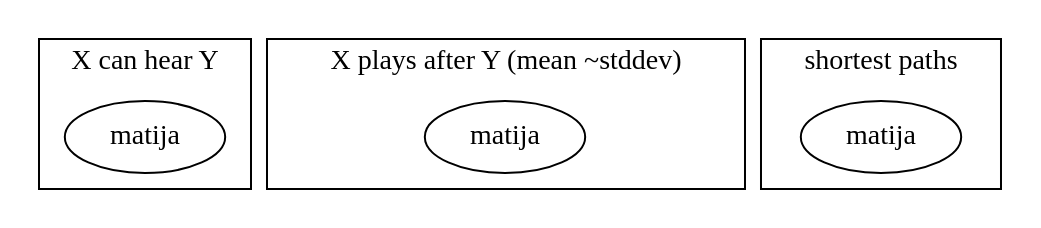
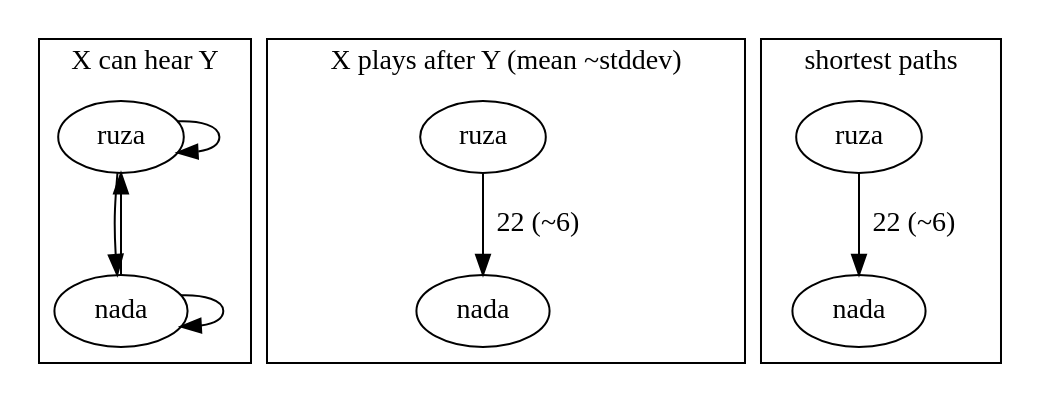
The diagram in server/graph.dot (agrbin/streamer), drawn with Graphviz before and after one commit. The commit also changed 6 other files, not shown here.

```diff
--- a/server/graph.dot
+++ b/server/graph.dot
@@ -1,14 +1,23 @@
 digraph {
 subgraph cluster_0 {
 label = "X can hear Y";
-__0__matija [label="matija"];
+__0__ruza [label="ruza"];
+__0__nada [label="nada"];
+__0__ruza -> __0__ruza [label=" "];
+__0__ruza -> __0__nada [label=" "];
+__0__nada -> __0__ruza [label=" "];
+__0__nada -> __0__nada [label=" "];
 }
 subgraph cluster_1 {
 label = "X plays after Y (mean ~stddev)";
-__1__matija [label="matija"];
+__1__ruza [label="ruza"];
+__1__nada [label="nada"];
+__1__ruza -> __1__nada [label="22 (~6)"];
 }
 subgraph cluster_2 {
 label = "shortest paths";
-__2__matija [label="matija"];
+__2__ruza [label="ruza"];
+__2__nada [label="nada"];
+__2__ruza -> __2__nada [label="22 (~6)"];
 }
 }
```
